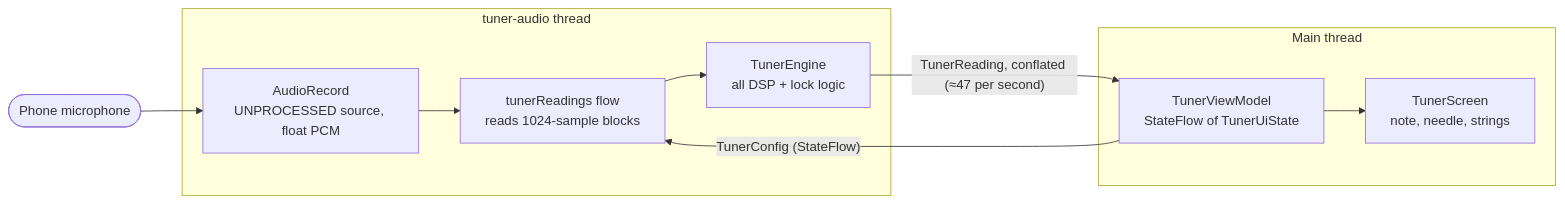
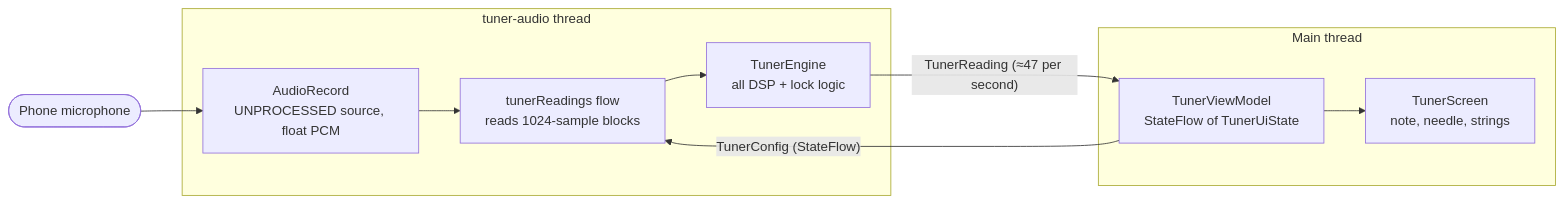
One commit to alfonslm/tuner changed the first of 3 diagrams in docs/ARCHITECTURE.md. Above: the diagram before and after it, drawn with Mermaid. The commit also changed other lines of this file and 26 other files, not shown here.

````diff
--- a/docs/ARCHITECTURE.md
+++ b/docs/ARCHITECTURE.md
@@ -30,13 +30,13 @@
 ```mermaid
 flowchart LR
   mic([Phone microphone]) --> rec[AudioRecord<br/>UNPROCESSED source, float PCM]
   subgraph audio [tuner-audio thread]
     rec --> pipe[tunerReadings flow<br/>reads 1024-sample blocks]
     pipe --> eng[TunerEngine<br/>all DSP + lock logic]
   end
   subgraph main [Main thread]
     vm[TunerViewModel<br/>StateFlow of TunerUiState] --> ui[TunerScreen<br/>note, needle, strings]
   end
-  eng -- "TunerReading, conflated (≈47 per second)" --> vm
+  eng -- "TunerReading (≈47 per second)" --> vm
   vm -- "TunerConfig (StateFlow)" --> pipe
 ```
````
